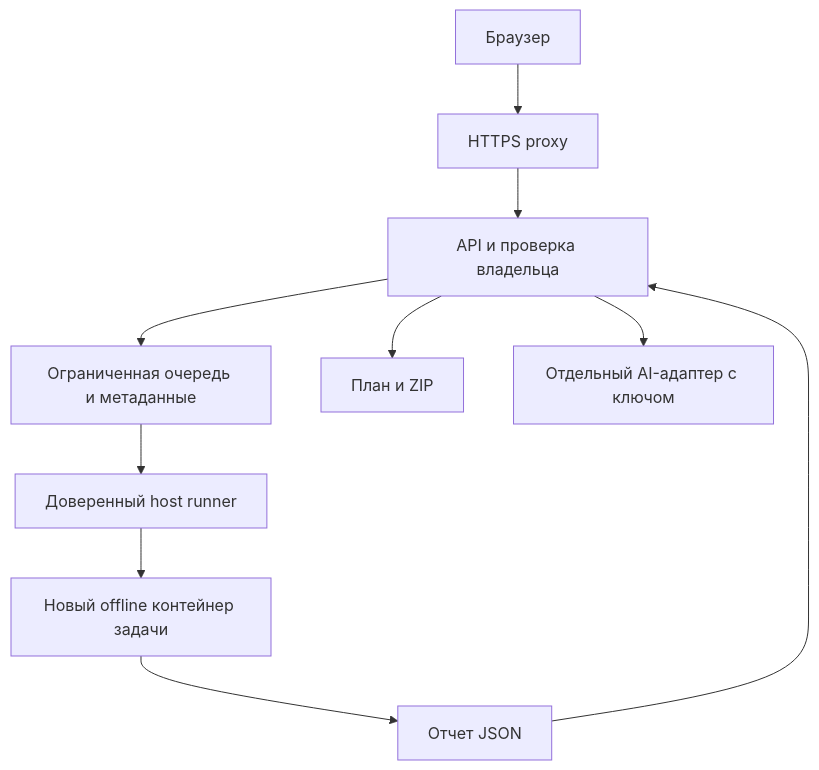
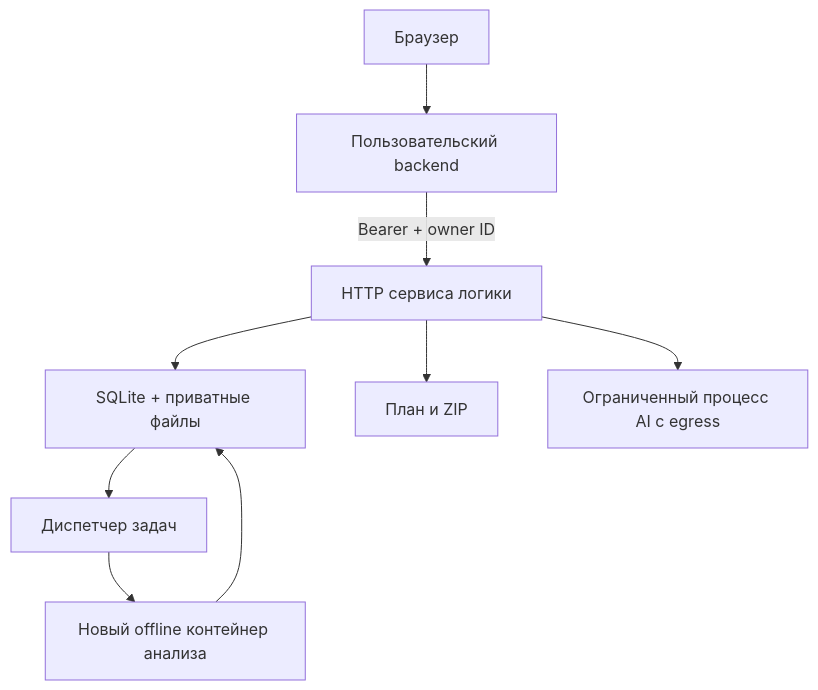
Before and after one commit to Ms1black/nishtyak: the diagram in docs/SERVER_RUNTIME.md, drawn with Mermaid. The commit also changed other lines of this file and 36 other files, not shown here.

````diff
--- a/docs/SERVER_RUNTIME.md
+++ b/docs/SERVER_RUNTIME.md
@@ -9,12 +7,11 @@
 ```mermaid
 flowchart TD
-    U[Браузер] --> P[HTTPS proxy]
-    P --> A[API и проверка владельца]
-    A --> Q[Ограниченная очередь и метаданные]
-    Q --> C[Доверенный host runner]
-    C --> W[Новый offline контейнер задачи]
-    W --> R[Отчет JSON]
-    R --> A
-    A --> Z[План и ZIP]
-    A --> L[Отдельный AI-адаптер с ключом]
+    U[Браузер] --> B[Пользовательский backend]
+    B -->|Bearer + owner ID| A[HTTP сервиса логики]
+    A --> S[SQLite + приватные файлы]
+    S --> D[Диспетчер задач]
+    D --> W[Новый offline контейнер анализа]
+    W --> S
+    A --> P[План и ZIP]
+    A --> L[Ограниченный процесс AI с egress]
 ```
````
